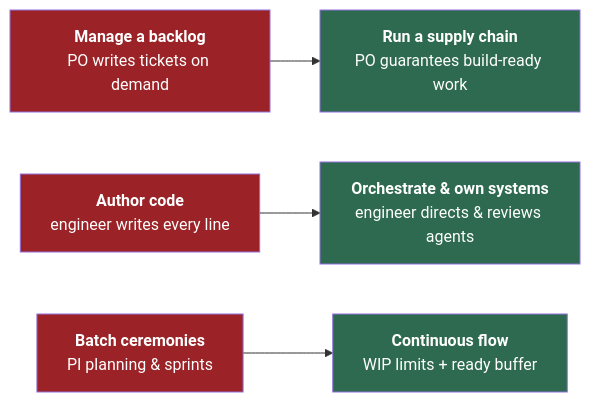
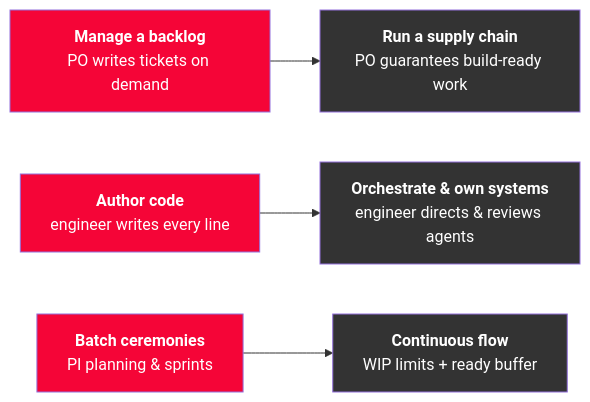
One commit to RED-Internal-Development/delivery-operating-model changed the second of 3 diagrams in docs/executive-summary.md. Above: the diagram before and after it, drawn with Mermaid. The commit also changed other lines of this file and 1 other file, not shown here.

Commit message:
style(diagrams): recolor executive-summary and model-at-a-glance to Audi RED brand

````diff
--- a/docs/executive-summary.md
+++ b/docs/executive-summary.md
@@ -41,13 +41,13 @@
 ```mermaid
 flowchart LR
     C["<b>Manage a backlog</b><br/>PO writes tickets on demand"] --> D["<b>Run a supply chain</b><br/>PO guarantees build-ready work"]
     E["<b>Author code</b><br/>engineer writes every line"] --> F["<b>Orchestrate & own systems</b><br/>engineer directs & reviews agents"]
     G["<b>Batch ceremonies</b><br/>PI planning & sprints"] --> H["<b>Continuous flow</b><br/>WIP limits + ready buffer"]
 
-    style C fill:#9b2226,color:#fff
-    style E fill:#9b2226,color:#fff
-    style G fill:#9b2226,color:#fff
-    style D fill:#2d6a4f,color:#fff
-    style F fill:#2d6a4f,color:#fff
-    style H fill:#2d6a4f,color:#fff
+    style C fill:#F50537,color:#fff
+    style E fill:#F50537,color:#fff
+    style G fill:#F50537,color:#fff
+    style D fill:#333333,color:#fff
+    style F fill:#333333,color:#fff
+    style H fill:#333333,color:#fff
 ```
````
